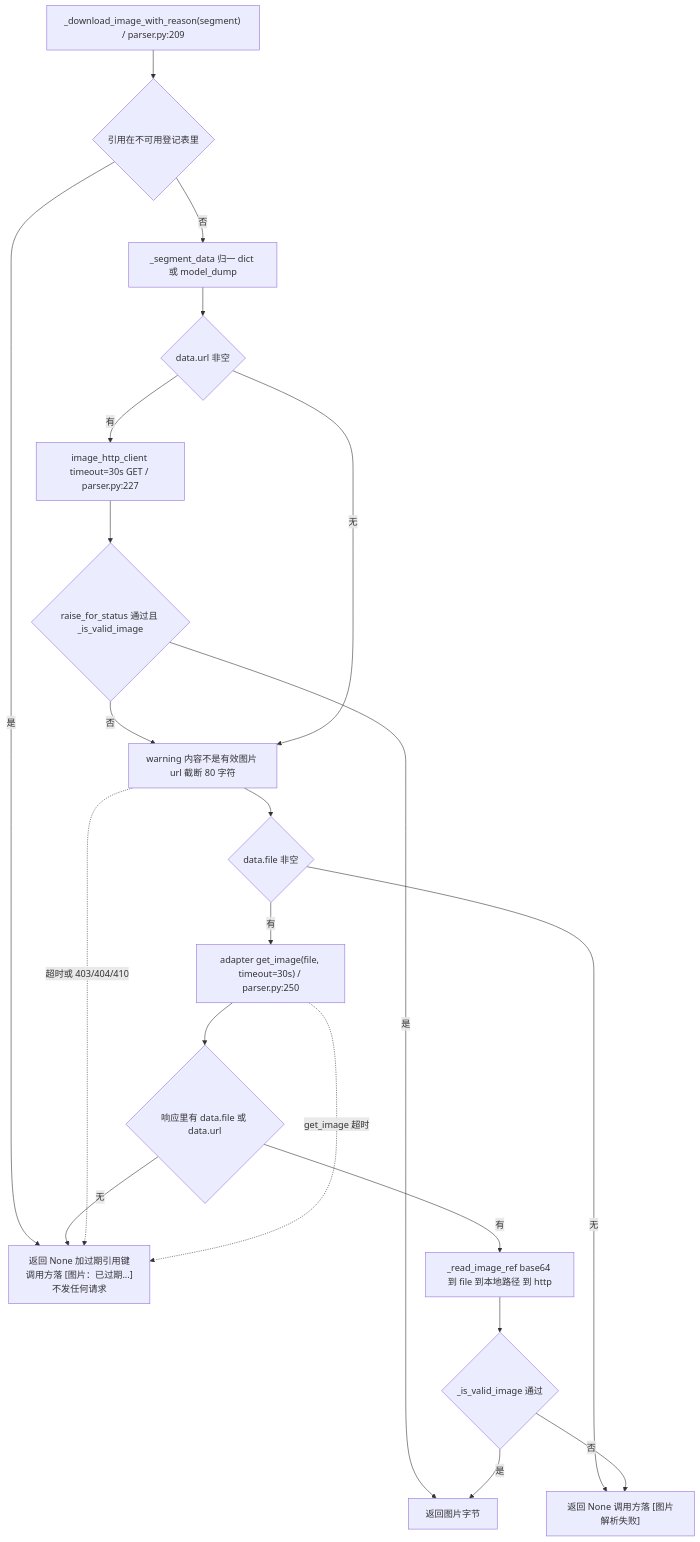
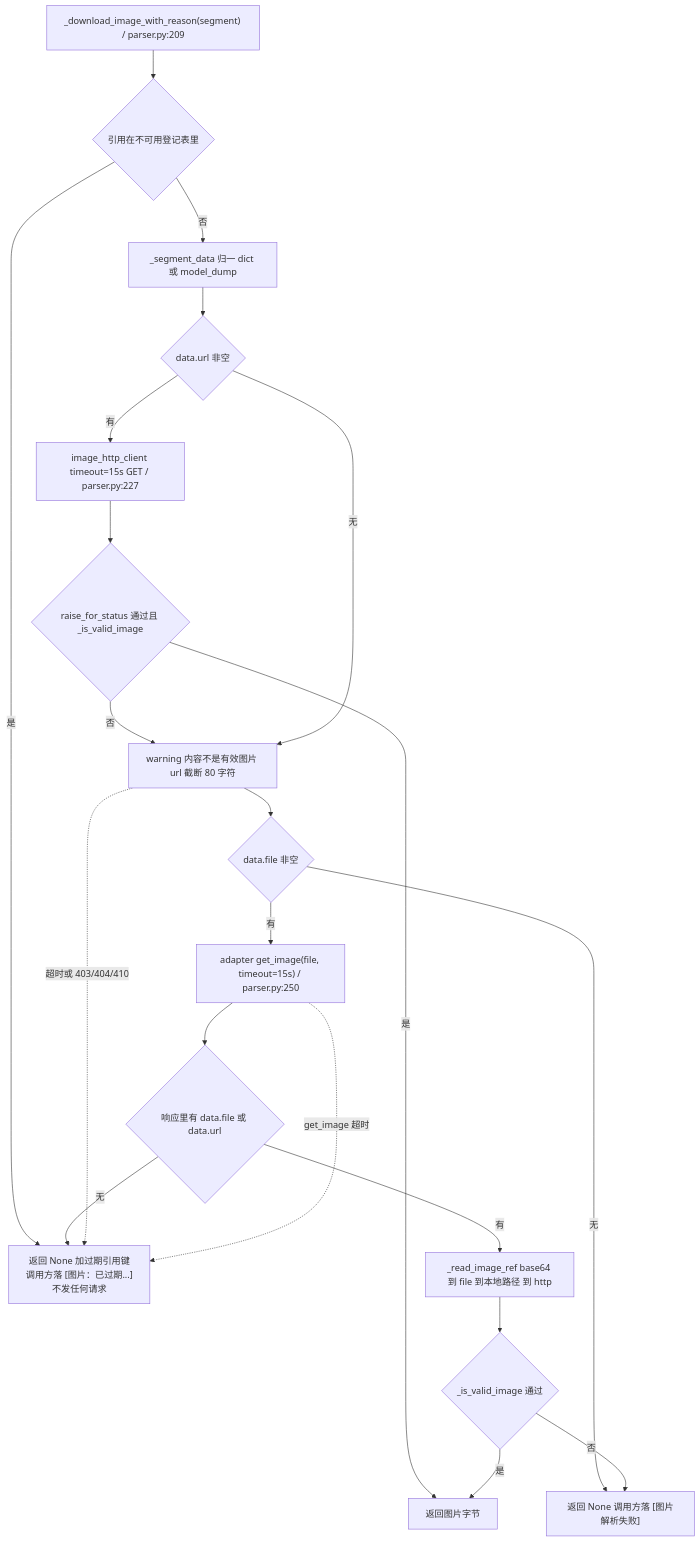
One commit to SuperQuail/NeoBot changed the third of 14 diagrams in docs/flow/14-emoji-image-parse.md. Above: the diagram before and after it, drawn with Mermaid. The commit also changed other lines of this file and 12 other files, not shown here.

First line of the commit message:
docs: 同步图片并发/15 秒与被@等待提示，并重新盖章

````diff
--- a/docs/flow/14-emoji-image-parse.md
+++ b/docs/flow/14-emoji-image-parse.md
@@ -127,23 +127,23 @@
 ```mermaid
 flowchart TD
     A["_download_image_with_reason(segment) / parser.py:209"] --> A0{"引用在不可用登记表里"}
     A0 -- 是 --> EXP["返回 None 加过期引用键<br/>调用方落 [图片：已过期...]<br/>不发任何请求"]
     A0 -- 否 --> B["_segment_data 归一 dict 或 model_dump"]
     B --> C{"data.url 非空"}
-    C -- 有 --> D["image_http_client timeout=30s GET / parser.py:227"]
+    C -- 有 --> D["image_http_client timeout=15s GET / parser.py:227"]
     D --> E{"raise_for_status 通过且 _is_valid_image"}
     E -- 是 --> OK["返回图片字节"]
     E -- 否 --> W["warning 内容不是有效图片 url 截断 80 字符"]
     C -- 无 --> W
     W --> F{"data.file 非空"}
     F -- 无 --> NONE["返回 None 调用方落 [图片解析失败]"]
-    F -- 有 --> G["adapter get_image(file, timeout=30s) / parser.py:250"]
+    F -- 有 --> G["adapter get_image(file, timeout=15s) / parser.py:250"]
     G --> H{"响应里有 data.file 或 data.url"}
     H -- 无 --> EXP
     H -- 有 --> I["_read_image_ref base64 到 file 到本地路径 到 http"]
     I --> J{"_is_valid_image 通过"}
     J -- 否 --> NONE
     J -- 是 --> OK
     W -. 超时或 403/404/410 .-> EXP
     G -. get_image 超时 .-> EXP
 ```
````
